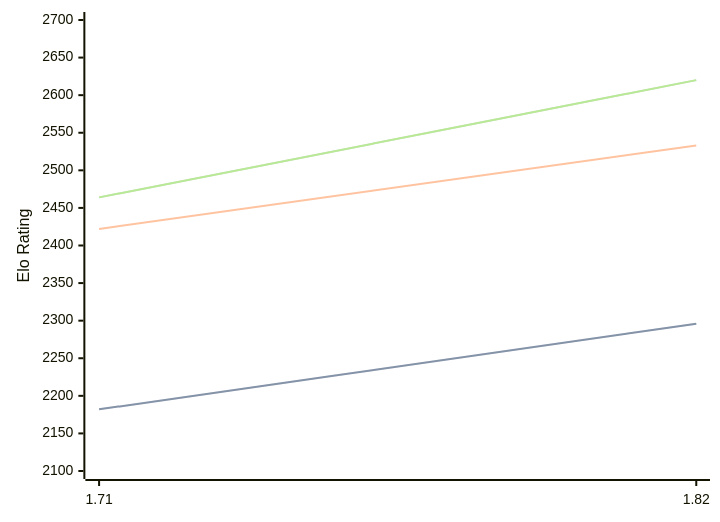
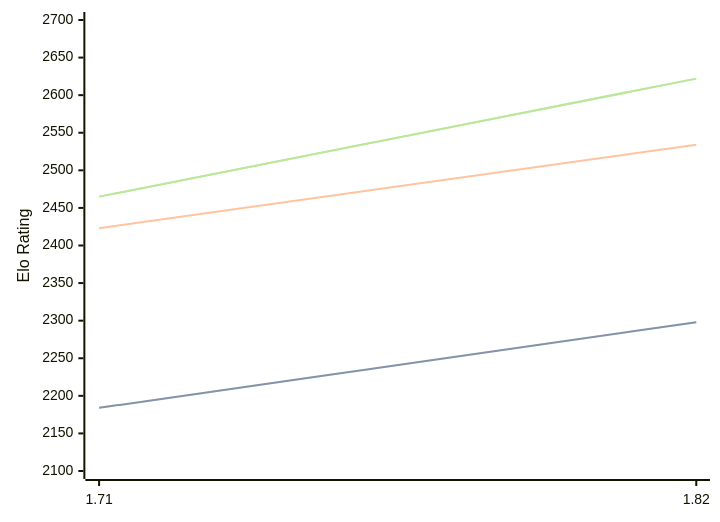
The diagram in engines/Amira.md (computer-chess-index/cci), drawn with Mermaid before and after one commit. The commit also changed other lines of this file, not shown here.

Commit message:
Update CCI Ratings (ELO VLTC) - 2026-08-22

````diff
--- a/engines/Amira.md
+++ b/engines/Amira.md
@@ -32,11 +32,11 @@
 ```mermaid
 %%{init: {"theme":"base","themeVariables":{"seriesColors:['#a3a3a3','#222221','#faa371']}}}%%
 xychart-beta
   x-axis ["1.71", "1.82"]
   y-axis "Elo Rating" 2100 --> 2700
-  line "STC (8.0+0.08s)" [2182, 2296]
-  line "STC (8.0+0.08s)" [2182, 2296]
-  line "LTC (60.0+0.60s)" [2422, 2533]
-  line "VLTC (2m24s+1.12s)" [2464, 2620]
-  line "VLTC (2m24s+1.12s)" [2464, 2620]
+  line "STC (8.0+0.08s)" [2184, 2298]
+  line "STC (8.0+0.08s)" [2184, 2298]
+  line "LTC (60.0+0.60s)" [2423, 2534]
+  line "VLTC (2m24s+1.12s)" [2465, 2622]
+  line "VLTC (2m24s+1.12s)" [2465, 2622]
 ```
````
